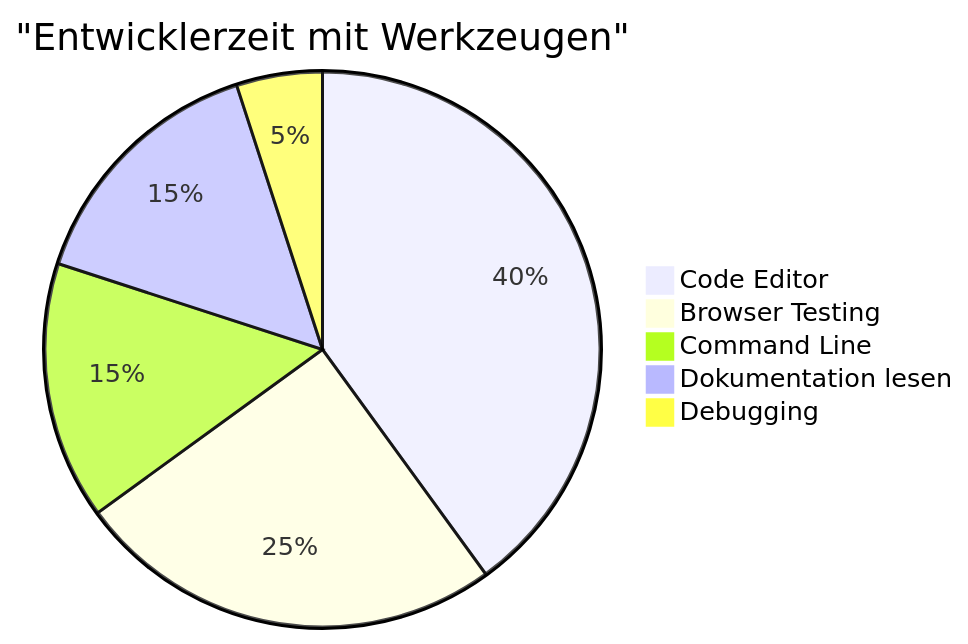
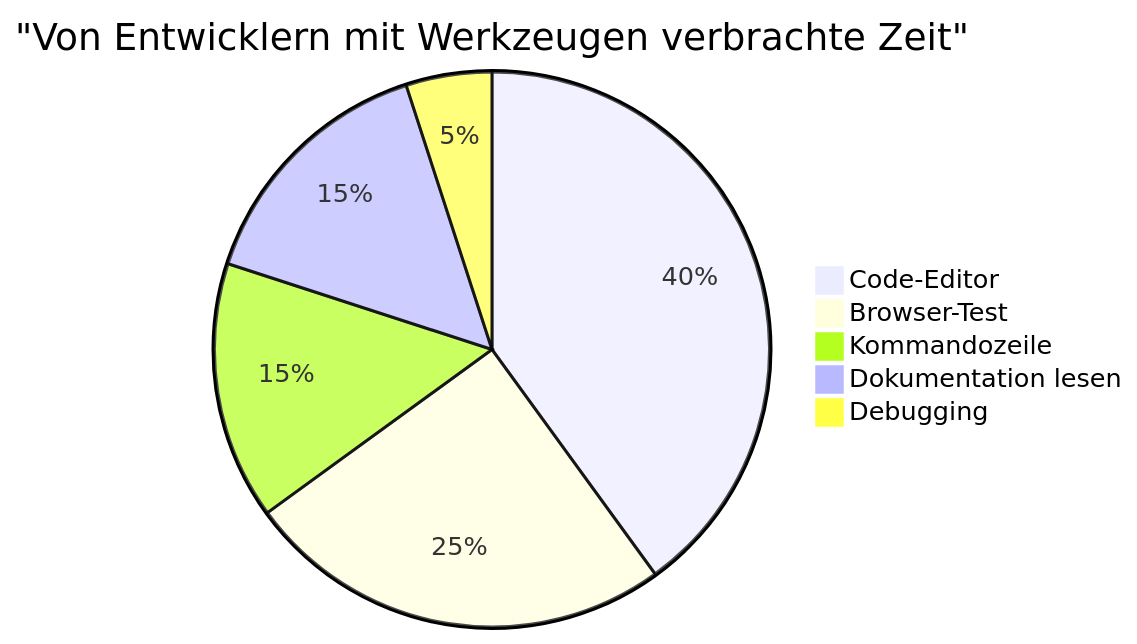
One commit to microsoft/Web-Dev-For-Beginners changed the sixth of 7 diagrams in translations/de/1-getting-started-lessons/1-intro-to-programming-languages/README.md. Above: the diagram before and after it, drawn with Mermaid. The commit also changed other lines of this file and 8 other files, not shown here.

````diff
--- a/translations/de/1-getting-started-lessons/1-intro-to-programming-languages/README.md
+++ b/translations/de/1-getting-started-lessons/1-intro-to-programming-languages/README.md
@@ -711,8 +713,8 @@
 ```mermaid
-pie title "Entwicklerzeit mit Werkzeugen"
-    "Code Editor" : 40
-    "Browser Testing" : 25
-    "Command Line" : 15
+pie title "Von Entwicklern mit Werkzeugen verbrachte Zeit"
+    "Code-Editor" : 40
+    "Browser-Test" : 25
+    "Kommandozeile" : 15
     "Dokumentation lesen" : 15
     "Debugging" : 5
-```
+```  
````
